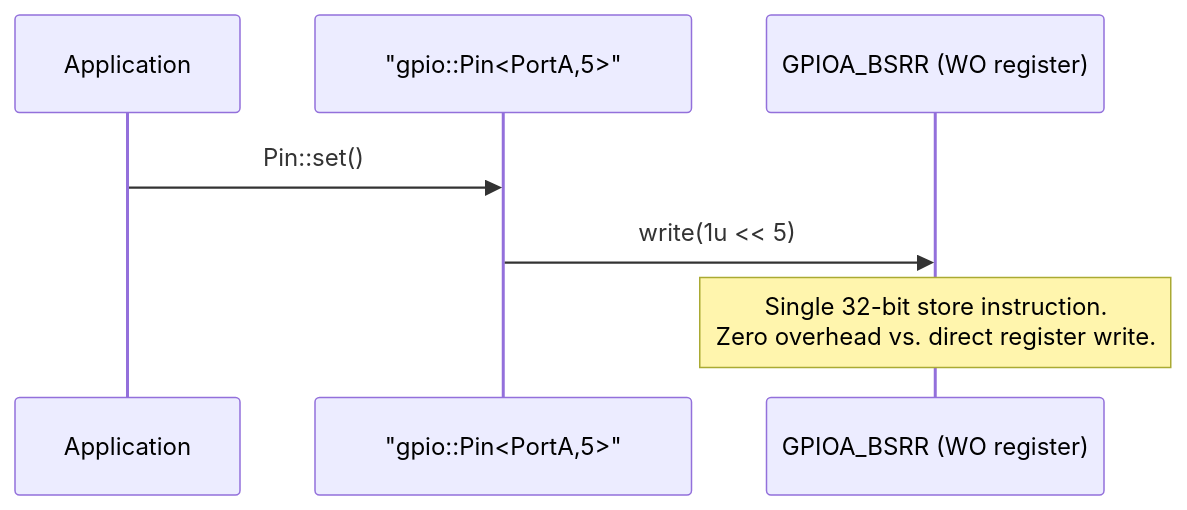
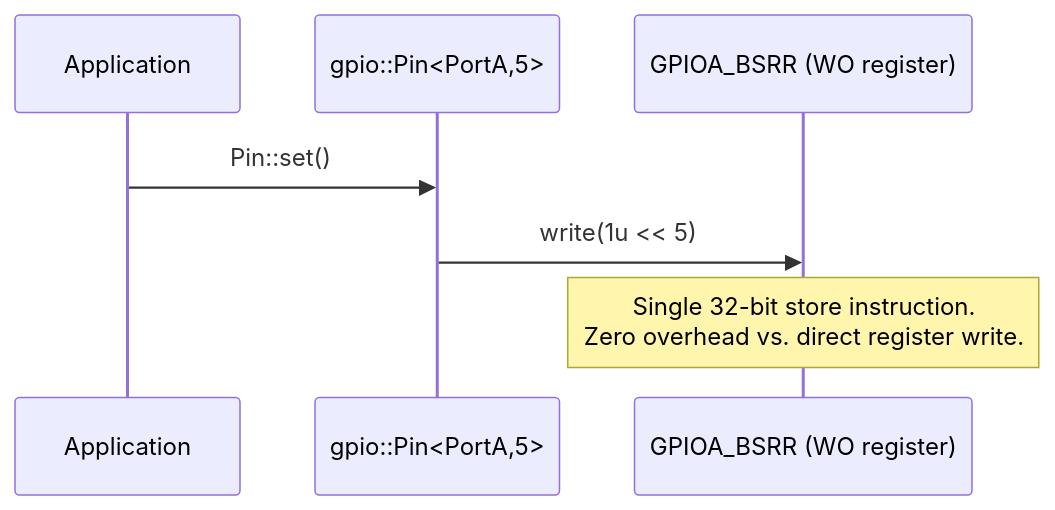
Before and after one commit to grahame-org/ohal: the diagram in docs/steps/step-08-stm32u0-gpio.md, drawn with Mermaid. The commit also changed 2 other files, not shown here.

Commit message:
docs: use literal angle brackets in mermaid sequence diagram participant labels
Agent-Logs-Url: https://github.com/grahame-org/ohal/sessions/839ec375-47ab-43ea-954d-79949b29867e

````diff
--- a/docs/steps/step-08-stm32u0-gpio.md
+++ b/docs/steps/step-08-stm32u0-gpio.md
@@ -20,10 +20,10 @@
 ```mermaid
 sequenceDiagram
     participant App as Application
-    participant Pin as "gpio::Pin#lt;PortA,5#gt;"
+    participant Pin as gpio::Pin<PortA,5>
     participant BSRR as GPIOA_BSRR (WO register)
 
     App->>Pin: Pin::set()
     Pin->>BSRR: write(1u << 5)
     Note over BSRR: Single 32-bit store instruction.<br/>Zero overhead vs. direct register write.
 ```
````
